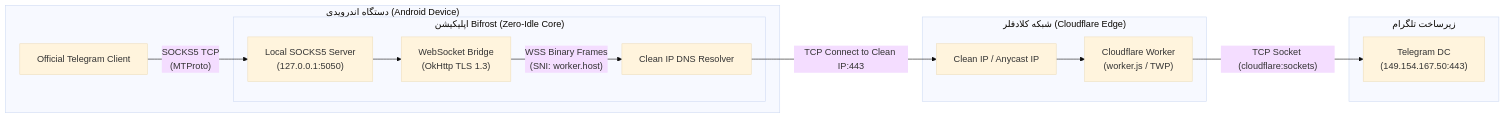
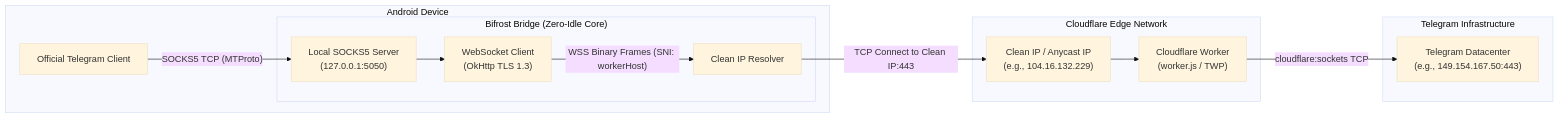
The diagram in README.md (Qorvhex/Bifrost), drawn with Mermaid (base theme) before and after one commit. The commit also changed other lines of this file, not shown here.

````diff
--- a/README.md
+++ b/README.md
@@ -29,25 +48,27 @@
 ```mermaid
 flowchart LR
-    subgraph Android_Device ["دستگاه اندرویدی (Android Device)"]
+    subgraph Android_Device ["Android Device"]
         TG["Official Telegram Client"]
-        subgraph Bifrost_Bridge ["اپلیکیشن Bifrost (Zero-Idle Core)"]
+        subgraph Bifrost_Bridge ["Bifrost Bridge (Zero-Idle Core)"]
             S5["Local SOCKS5 Server\n(127.0.0.1:5050)"]
-            WS["WebSocket Bridge\n(OkHttp TLS 1.3)"]
-            DNS["Clean IP DNS Resolver"]
+            WS["WebSocket Client\n(OkHttp TLS 1.3)"]
+            DNS["Clean IP Resolver"]
         end
     end
-    subgraph Cloudflare ["شبکه کلادفلر (Cloudflare Edge)"]
-        CF_IP["Clean IP / Anycast IP"]
+
+    subgraph Cloudflare ["Cloudflare Edge Network"]
+        CF_IP["Clean IP / Anycast IP\n(e.g., 104.16.132.229)"]
         CF_Worker["Cloudflare Worker\n(worker.js / TWP)"]
     end
-    subgraph Telegram_DC ["زیرساخت تلگرام"]
-        DC["Telegram DC\n(149.154.167.50:443)"]
+
+    subgraph Telegram_Infrastructure ["Telegram Infrastructure"]
+        DC["Telegram Datacenter\n(e.g., 149.154.167.50:443)"]
     end
 
-    TG -->|"SOCKS5 TCP\n(MTProto)"| S5
+    TG -->|"SOCKS5 TCP (MTProto)"| S5
     S5 --> WS
-    WS -->|"WSS Binary Frames\n(SNI: worker.host)"| DNS
+    WS -->|"WSS Binary Frames (SNI: workerHost)"| DNS
     DNS -->|"TCP Connect to Clean IP:443"| CF_IP
     CF_IP --> CF_Worker
-    CF_Worker -->|"TCP Socket (cloudflare:sockets)"| DC
+    CF_Worker -->|"cloudflare:sockets TCP"| DC
 ```
````
